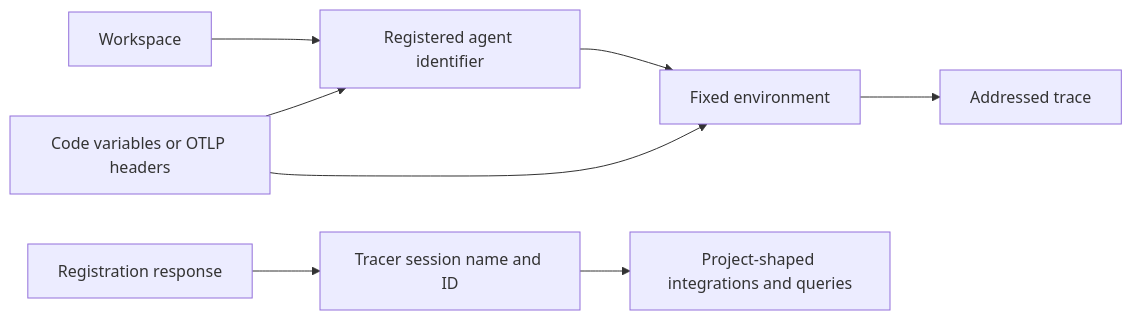
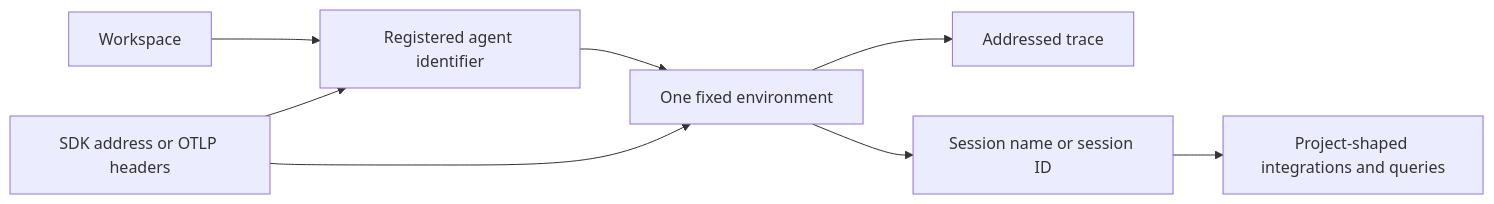
One commit to langchain-ai/docs changed the first of 4 diagrams in openwiki/workflows/langsmith-agent-documentation.md. Above: the diagram before and after it, drawn with Mermaid. The commit also changed other lines of this file and 26 other files, not shown here.

````diff
--- a/openwiki/workflows/langsmith-agent-documentation.md
+++ b/openwiki/workflows/langsmith-agent-documentation.md
@@ -96,10 +81,10 @@
 ```mermaid
 flowchart LR
   Workspace["Workspace"] --> Agent["Registered agent identifier"]
-  Agent --> Environment["Fixed environment"]
+  Agent --> Environment["One fixed environment"]
   Environment --> Trace["Addressed trace"]
-  Registration["Registration response"] --> Compatibility["Tracer session name and ID"]
+  Address["SDK address or OTLP headers"] --> Agent
+  Address --> Environment
+  Environment --> Compatibility["Session name or session ID"]
   Compatibility --> Legacy["Project-shaped integrations and queries"]
-  Address["Code variables or OTLP headers"] --> Agent
-  Address --> Environment
 ```
````
